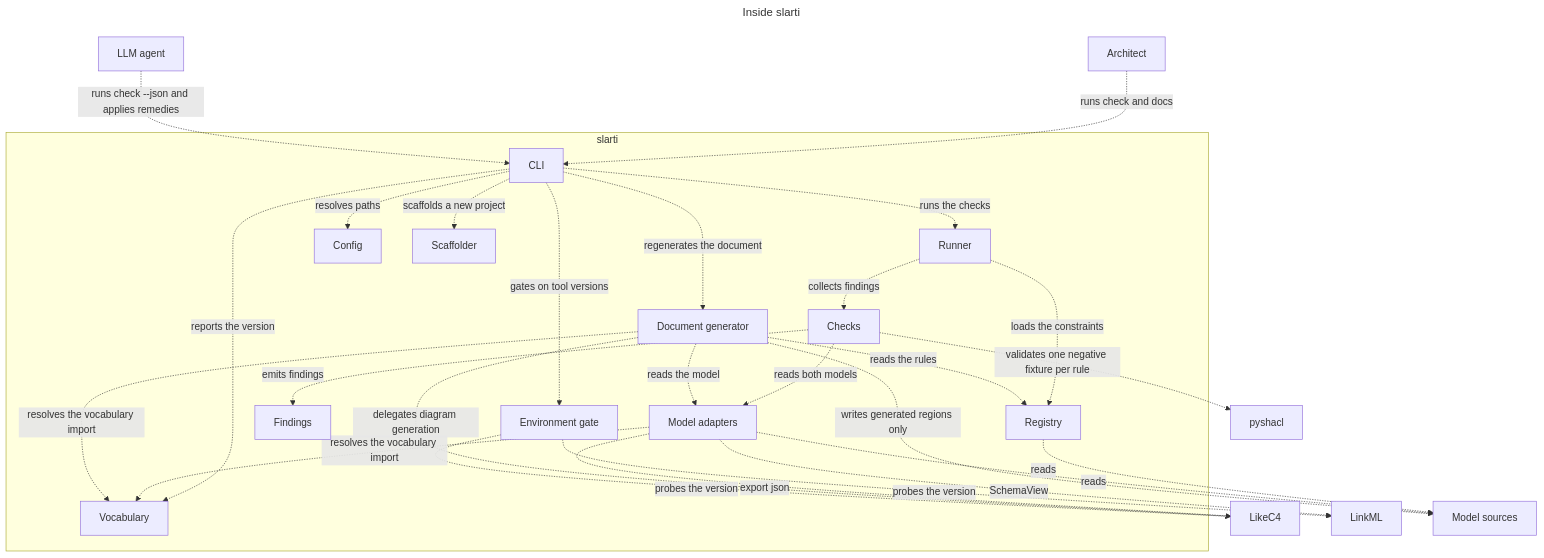
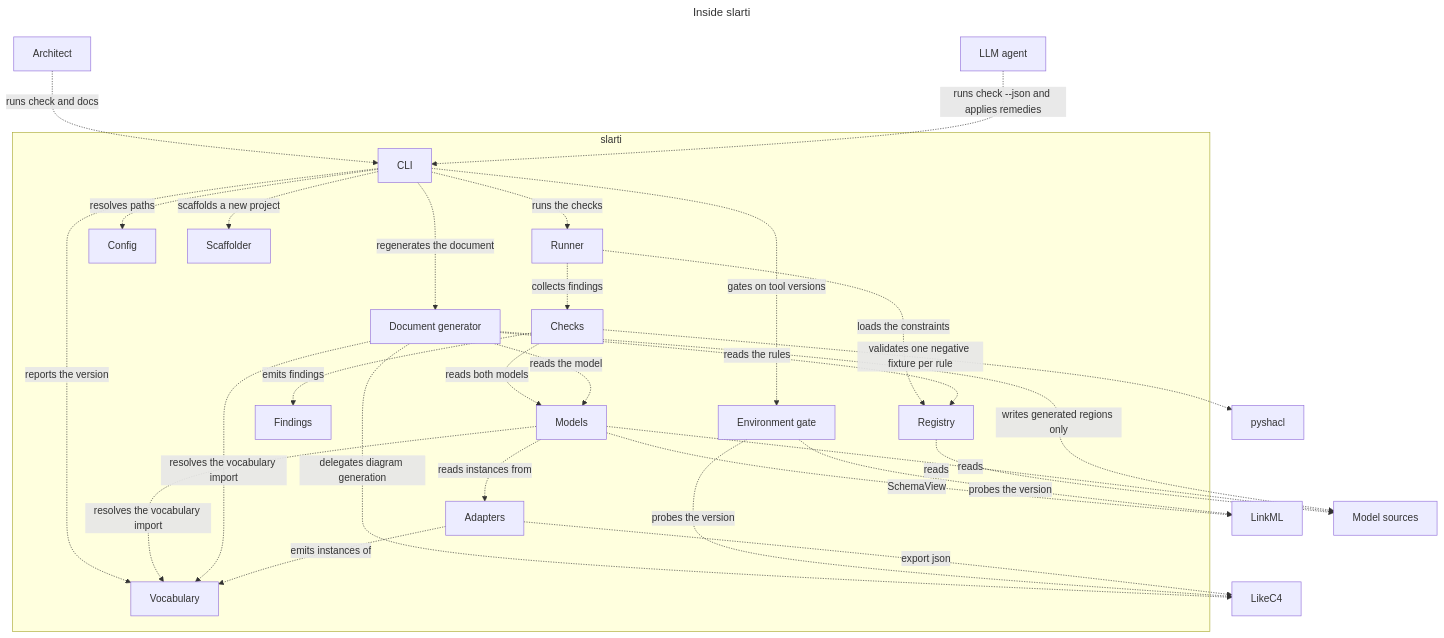
The diagram in docs/diagrams/containers.mmd (dsummersl/slartiarch), drawn with Mermaid before and after one commit. The commit also changed 16 other files, not shown here.

First line of the commit message:
Turn the LikeC4 integration into a vocabulary adapter

```diff
--- a/docs/diagrams/containers.mmd
+++ b/docs/diagrams/containers.mmd
@@ -1,48 +1,51 @@
 ---
 title: "Inside slarti"
 ---
 graph TB
   Architect@{ shape: rectangle, label: "Architect" }
   Agent@{ shape: rectangle, label: "LLM agent" }
   subgraph Slarti["`slarti`"]
     Slarti.Cli@{ shape: rectangle, label: "CLI" }
     Slarti.Runner@{ shape: rectangle, label: "Runner" }
     Slarti.Docsgen@{ shape: rectangle, label: "Document generator" }
     Slarti.Env@{ shape: rectangle, label: "Environment gate" }
     Slarti.Settings@{ shape: rectangle, label: "Config" }
     Slarti.Scaffold@{ shape: rectangle, label: "Scaffolder" }
     Slarti.Checks@{ shape: rectangle, label: "Checks" }
     Slarti.Registry@{ shape: rectangle, label: "Registry" }
     Slarti.Findings@{ shape: rectangle, label: "Findings" }
-    Slarti.Models@{ shape: rectangle, label: "Model adapters" }
+    Slarti.Models@{ shape: rectangle, label: "Models" }
+    Slarti.Adapters@{ shape: rectangle, label: "Adapters" }
     Slarti.Vocabulary@{ shape: rectangle, label: "Vocabulary" }
   end
   Pyshacl@{ shape: rectangle, label: "pyshacl" }
-  Likec4@{ shape: rectangle, label: "LikeC4" }
   Linkml@{ shape: rectangle, label: "LinkML" }
   Sources@{ shape: rectangle, label: "Model sources" }
+  Likec4@{ shape: rectangle, label: "LikeC4" }
   Architect -. "`runs check and docs`" .-> Slarti.Cli
   Agent -. "`runs check --json and applies remedies`" .-> Slarti.Cli
   Slarti.Cli -. "`runs the checks`" .-> Slarti.Runner
   Slarti.Cli -. "`regenerates the document`" .-> Slarti.Docsgen
   Slarti.Cli -. "`gates on tool versions`" .-> Slarti.Env
   Slarti.Cli -. "`resolves paths`" .-> Slarti.Settings
   Slarti.Cli -. "`reports the version`" .-> Slarti.Vocabulary
   Slarti.Cli -. "`scaffolds a new project`" .-> Slarti.Scaffold
   Slarti.Runner -. "`collects findings`" .-> Slarti.Checks
   Slarti.Runner -. "`loads the constraints`" .-> Slarti.Registry
   Slarti.Checks -. "`emits findings`" .-> Slarti.Findings
   Slarti.Checks -. "`reads both models`" .-> Slarti.Models
   Slarti.Docsgen -. "`reads the rules`" .-> Slarti.Registry
+  Slarti.Models -. "`reads instances from`" .-> Slarti.Adapters
   Slarti.Models -. "`resolves the vocabulary import`" .-> Slarti.Vocabulary
   Slarti.Docsgen -. "`reads the model`" .-> Slarti.Models
   Slarti.Docsgen -. "`resolves the vocabulary import`" .-> Slarti.Vocabulary
+  Slarti.Adapters -. "`emits instances of`" .-> Slarti.Vocabulary
   Slarti.Checks -. "`validates one negative fixture per rule`" .-> Pyshacl
   Slarti.Registry -. "`reads`" .-> Sources
-  Slarti.Models -. "`export json`" .-> Likec4
   Slarti.Models -. "`SchemaView`" .-> Linkml
   Slarti.Models -. "`reads`" .-> Sources
   Slarti.Docsgen -. "`delegates diagram generation`" .-> Likec4
   Slarti.Docsgen -. "`writes generated regions only`" .-> Sources
   Slarti.Env -. "`probes the version`" .-> Likec4
   Slarti.Env -. "`probes the version`" .-> Linkml
+  Slarti.Adapters -. "`export json`" .-> Likec4
```
